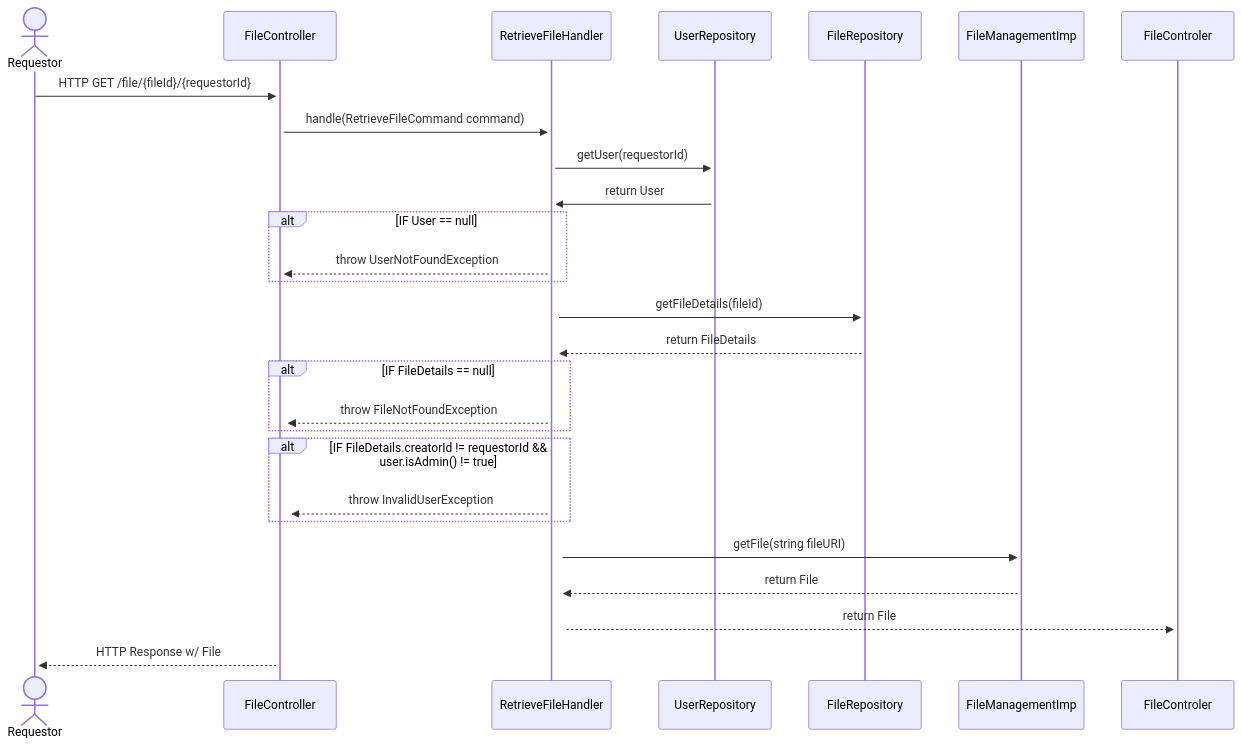
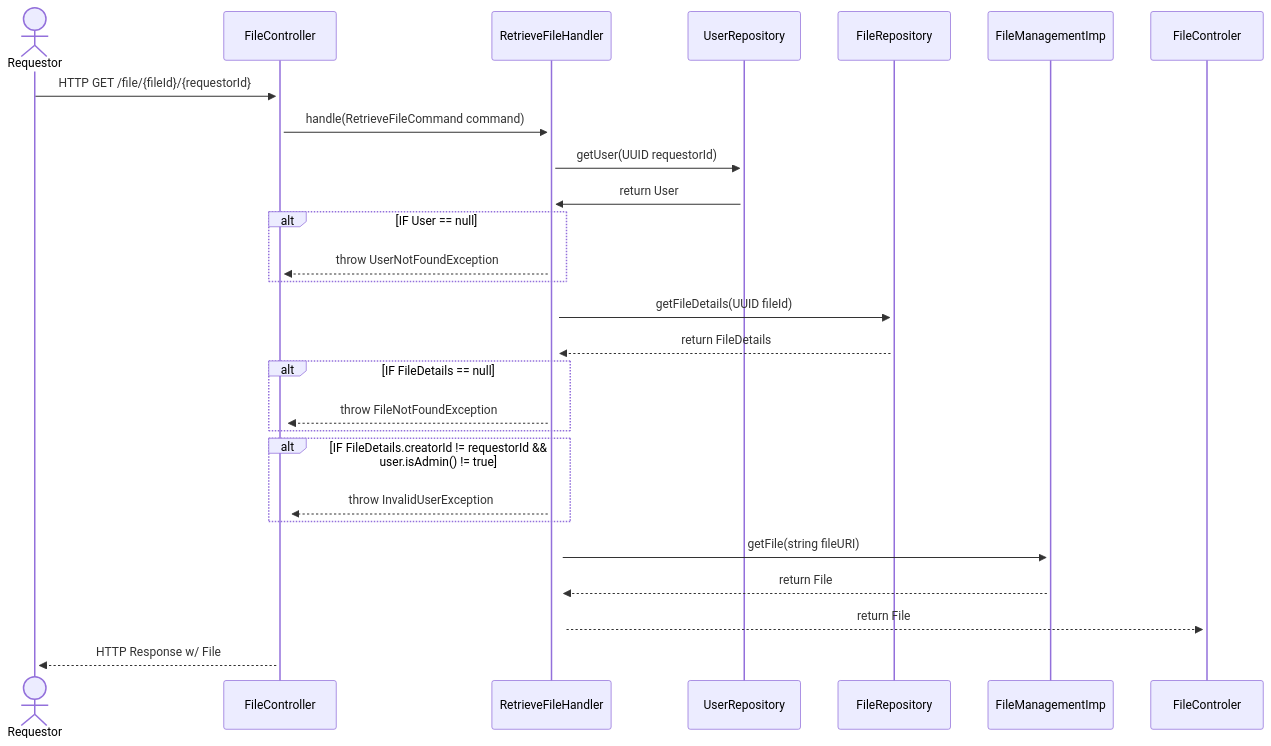
The sixth of 10 diagrams in docs/pages/design/sequenceDiagrams.md (patrickSlaine/Java-Cloud-Storage), drawn with Mermaid before and after one commit. The commit also changed other lines of this file and 5 other files, not shown here.

Commit message:
Sequence Diagrams

````diff
--- a/docs/pages/design/sequenceDiagrams.md
+++ b/docs/pages/design/sequenceDiagrams.md
@@ -108,27 +108,27 @@
 ```mermaid
 sequenceDiagram
     actor Requestor
     Requestor ->>+ FileController: HTTP GET /file/{fileId}/{requestorId}
     FileController ->>+ RetrieveFileHandler: handle(RetrieveFileCommand command)
-    RetrieveFileHandler ->>+ UserRepository: getUser(requestorId)
+    RetrieveFileHandler ->>+ UserRepository: getUser(UUID requestorId)
     UserRepository ->>+ RetrieveFileHandler: return User
     alt IF User == null
         RetrieveFileHandler -->>+ FileController: throw UserNotFoundException
     end
 
-    RetrieveFileHandler ->>+ FileRepository: getFileDetails(fileId)
+    RetrieveFileHandler ->>+ FileRepository: getFileDetails(UUID fileId)
     FileRepository -->>+ RetrieveFileHandler: return FileDetails
     alt IF FileDetails == null
         RetrieveFileHandler -->>+ FileController: throw FileNotFoundException
     end
 
     alt IF FileDetails.creatorId != requestorId && user.isAdmin() != true
         RetrieveFileHandler -->>+ FileController: throw InvalidUserException
     end
 
     RetrieveFileHandler ->>+ FileManagementImp: getFile(string fileURI)
     FileManagementImp -->>+ RetrieveFileHandler: return File
 
     RetrieveFileHandler -->>+ FileControler: return File
     FileController -->>+ Requestor: HTTP Response w/ File
 ```
````
